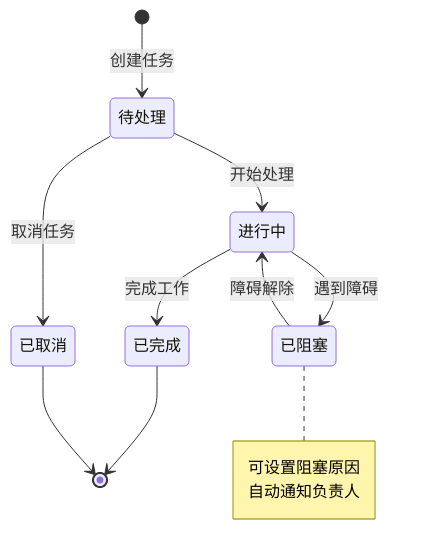
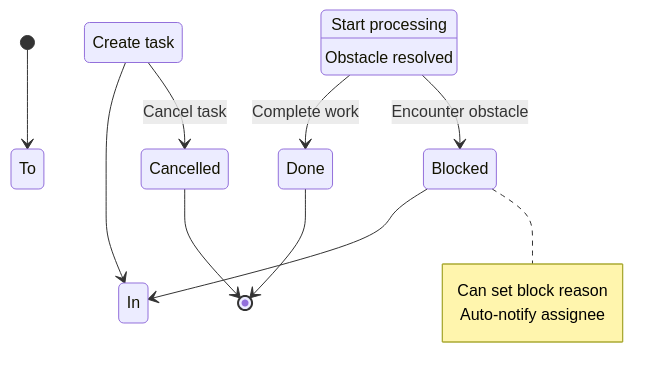
One commit to Kirky-X/cangjie changed the fifth of 7 diagrams in templates/产品/运营层/【模板】用户手册.md. Above: the diagram before and after it, drawn with Mermaid. The commit also changed other lines of this file and 60 other files, not shown here.

````diff
--- a/templates/产品/运营层/【模板】用户手册.md
+++ b/templates/产品/运营层/【模板】用户手册.md
@@ -277,16 +277,16 @@
 ```mermaid
 stateDiagram-v2
-    [*] --> 待处理: 创建任务
-    待处理 --> 进行中: 开始处理
-    进行中 --> 已完成: 完成工作
-    进行中 --> 已阻塞: 遇到障碍
-    已阻塞 --> 进行中: 障碍解除
-    已完成 --> [*]
-    待处理 --> 已取消: 取消任务
-    已取消 --> [*]
+    [*] --> To Do: Create task
+    To Do --> In Progress: Start processing
+    In Progress --> Done: Complete work
+    In Progress --> Blocked: Encounter obstacle
+    Blocked --> In Progress: Obstacle resolved
+    Done --> [*]
+    To Do --> Cancelled: Cancel task
+    Cancelled --> [*]
 
-    note right of 已阻塞
-        可设置阻塞原因
-        自动通知负责人
+    note right of Blocked
+        Can set block reason
+        Auto-notify assignee
     end note
 ```
````
